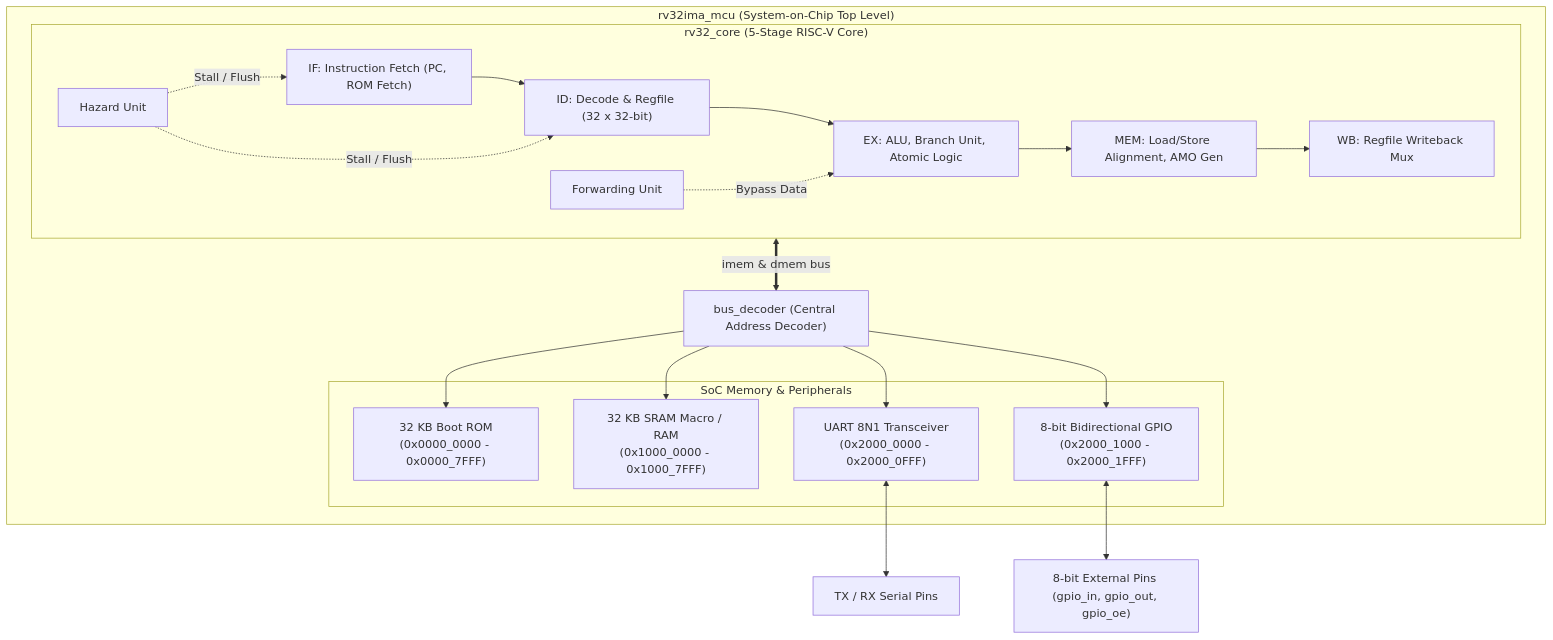
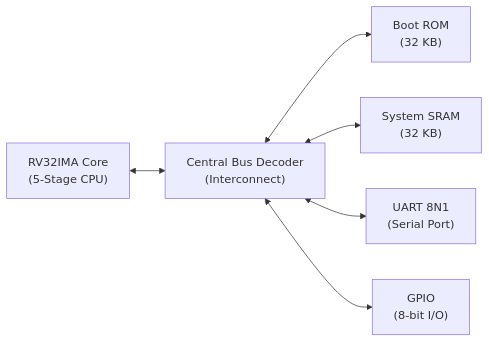
Before and after one commit to asronal/RV32IMA-microcontroller: the first of 2 diagrams in README.md, drawn with Mermaid. The commit also changed other lines of this file and 5 other files, not shown here.

````diff
--- a/README.md
+++ b/README.md
@@ -89,33 +53,9 @@
 ```mermaid
-flowchart TD
-    subgraph SoC ["rv32ima_mcu (System-on-Chip Top Level)"]
-        subgraph Core ["rv32_core (5-Stage RISC-V Core)"]
-            IF["IF: Instruction Fetch (PC, ROM Fetch)"] --> ID["ID: Decode & Regfile (32 x 32-bit)"]
-            ID --> EX["EX: ALU, Branch Unit, Atomic Logic"]
-            EX --> MEM["MEM: Load/Store Alignment, AMO Gen"]
-            MEM --> WB["WB: Regfile Writeback Mux"]
-            
-            HZ["Hazard Unit"] -. Stall / Flush .-> IF
-            HZ -. Stall / Flush .-> ID
-            FW["Forwarding Unit"] -. Bypass Data .-> EX
-        end
-
-        BUS["bus_decoder (Central Address Decoder)"]
-        Core <== "imem & dmem bus" ==> BUS
-
-        subgraph Peripherals ["SoC Memory & Peripherals"]
-            ROM["32 KB Boot ROM\n(0x0000_0000 - 0x0000_7FFF)"]
-            SRAM["32 KB SRAM Macro / RAM\n(0x1000_0000 - 0x1000_7FFF)"]
-            UART["UART 8N1 Transceiver\n(0x2000_0000 - 0x2000_0FFF)"]
-            GPIO["8-bit Bidirectional GPIO\n(0x2000_1000 - 0x2000_1FFF)"]
-        end
-
-        BUS --> ROM
-        BUS --> SRAM
-        BUS --> UART
-        BUS --> GPIO
-    end
-
-    UART <--> ExtUART["TX / RX Serial Pins"]
-    GPIO <--> ExtGPIO["8-bit External Pins (gpio_in, gpio_out, gpio_oe)"]
+flowchart LR
+    CPU["RV32IMA Core\n(5-Stage CPU)"] <--> BUS["Central Bus Decoder\n(Interconnect)"]
+    
+    BUS <--> ROM["Boot ROM\n(32 KB)"]
+    BUS <--> RAM["System SRAM\n(32 KB)"]
+    BUS <--> UART["UART 8N1\n(Serial Port)"]
+    BUS <--> GPIO["GPIO\n(8-bit I/O)"]
 ```
````
